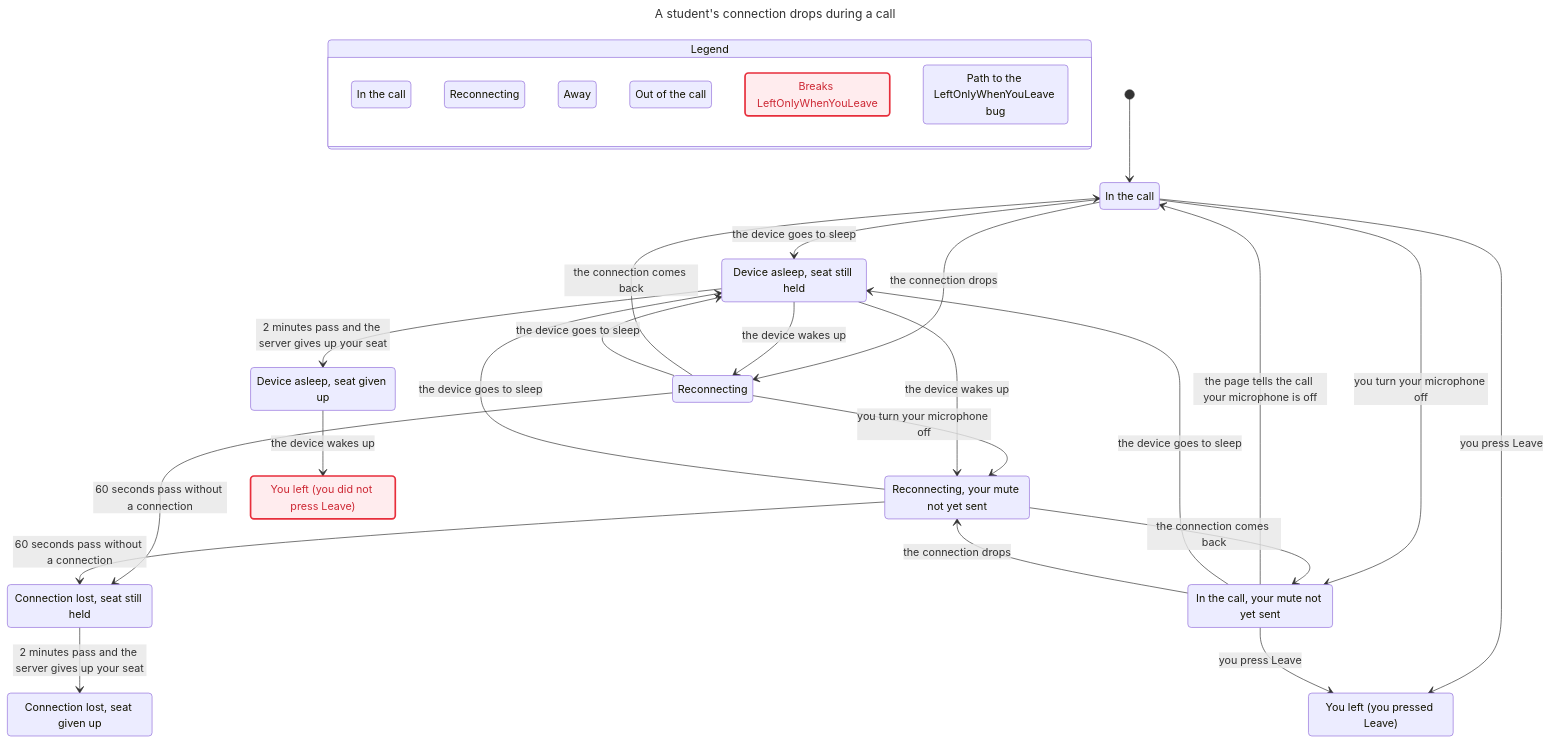
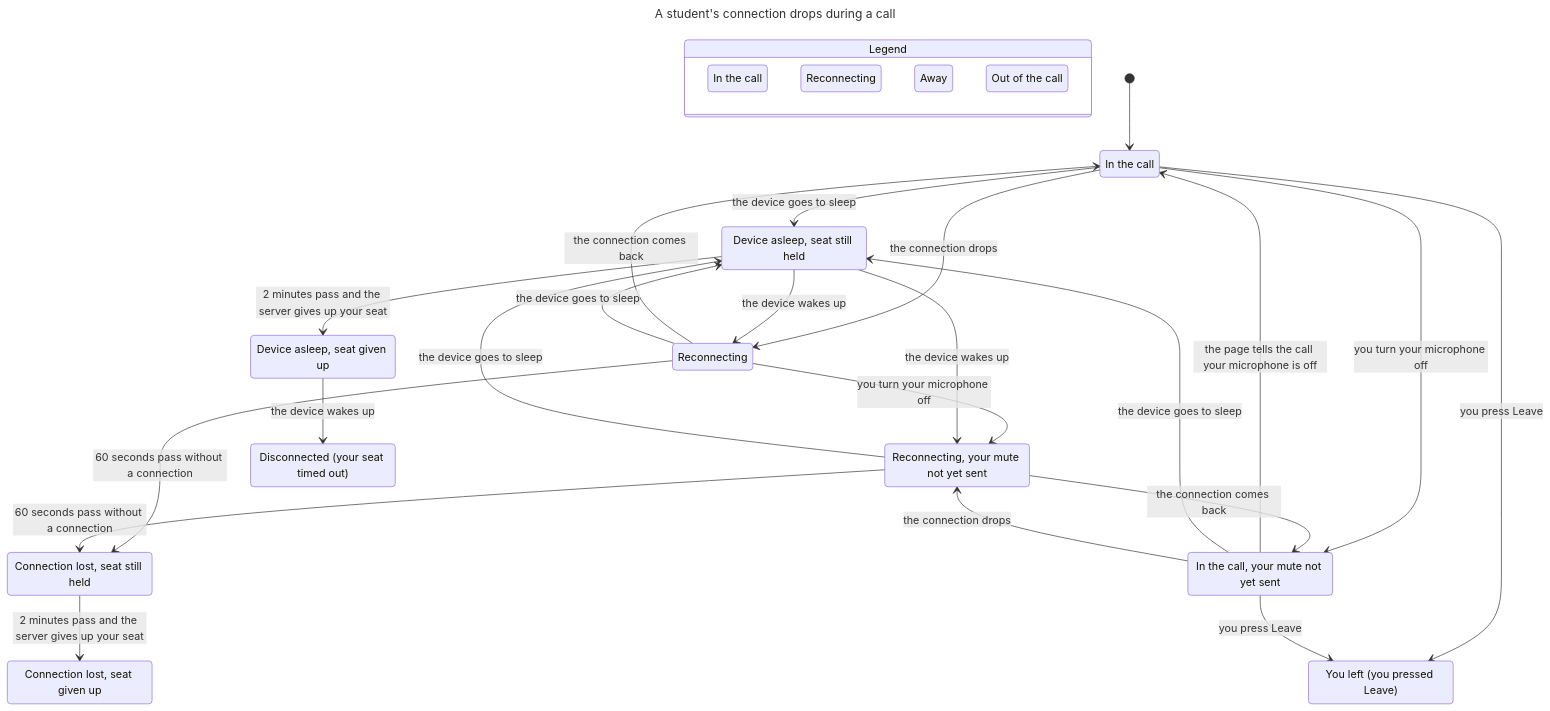
One commit to Q9Labs/chalk changed the diagram in docs/statecharts/3-network-drops/chart.mmd. Above: the diagram before and after it, drawn with Mermaid. The commit also changed 32 other files, not shown here.

First line of the commit message:
fix(web): Start call makes the starter an owner and one Space, and a timed-out seat says so

```diff
--- a/docs/statecharts/3-network-drops/chart.mmd
+++ b/docs/statecharts/3-network-drops/chart.mmd
@@ -1,65 +1,55 @@
 ---
 title: "A student's connection drops during a call"
 ---
 stateDiagram-v2
   state "Legend" as legend {
     lg0: In the call
     lg1: Reconnecting
     lg2: Away
     lg3: Out of the call
-    lg4: Breaks LeftOnlyWhenYouLeave
-    lg5: Path to the LeftOnlyWhenYouLeave bug
   }
   class lg0 teal
   class lg1 yellow
   class lg2 tan
   class lg3 orange
-  class lg4 breaks
-  class lg5 bugPath
   s0: In the call
   s1: Device asleep, seat still held
   s2: Reconnecting
   s3: In the call, your mute not yet sent
   s4: You left (you pressed Leave)
   s5: Device asleep, seat given up
   s6: Connection lost, seat still held
   s7: Reconnecting, your mute not yet sent
-  s8: You left (you did not press Leave)
-  s9: Connection lost, seat given up
+  s8: Connection lost, seat given up
+  s9: Disconnected (your seat timed out)
   [*] --> s0
   s0 --> s1: the device goes to sleep
   s0 --> s2: the connection drops
   s0 --> s3: you turn your microphone off
   s0 --> s4: you press Leave
   s1 --> s2: the device wakes up
   s1 --> s5: 2 minutes pass and the server gives up your seat
   s2 --> s0: the connection comes back
   s2 --> s1: the device goes to sleep
   s2 --> s6: 60 seconds pass without a connection
   s2 --> s7: you turn your microphone off
   s3 --> s0: the page tells the call your microphone is off
   s3 --> s1: the device goes to sleep
   s3 --> s7: the connection drops
   s3 --> s4: you press Leave
-  s5 --> s8: the device wakes up
-  s6 --> s9: 2 minutes pass and the server gives up your seat
+  s5 --> s9: the device wakes up
+  s6 --> s8: 2 minutes pass and the server gives up your seat
   s1 --> s7: the device wakes up
   s7 --> s3: the connection comes back
   s7 --> s1: the device goes to sleep
   s7 --> s6: 60 seconds pass without a connection
-  classDef breaks fill:#ffecee,stroke:#e72e3b,stroke-width:2.5px,color:#cd2834
   class s0 teal
-  class s0 bugPath
   class s1 tan
-  class s1 bugPath
   class s2 yellow
   class s3 teal
   class s4 orange
   class s5 tan
-  class s5 bugPath
   class s6 tan
   class s7 yellow
-  class s8 orange
-  class s8 breaks
-  class s8 bugPath
-  class s9 tan
+  class s8 tan
+  class s9 orange
```
